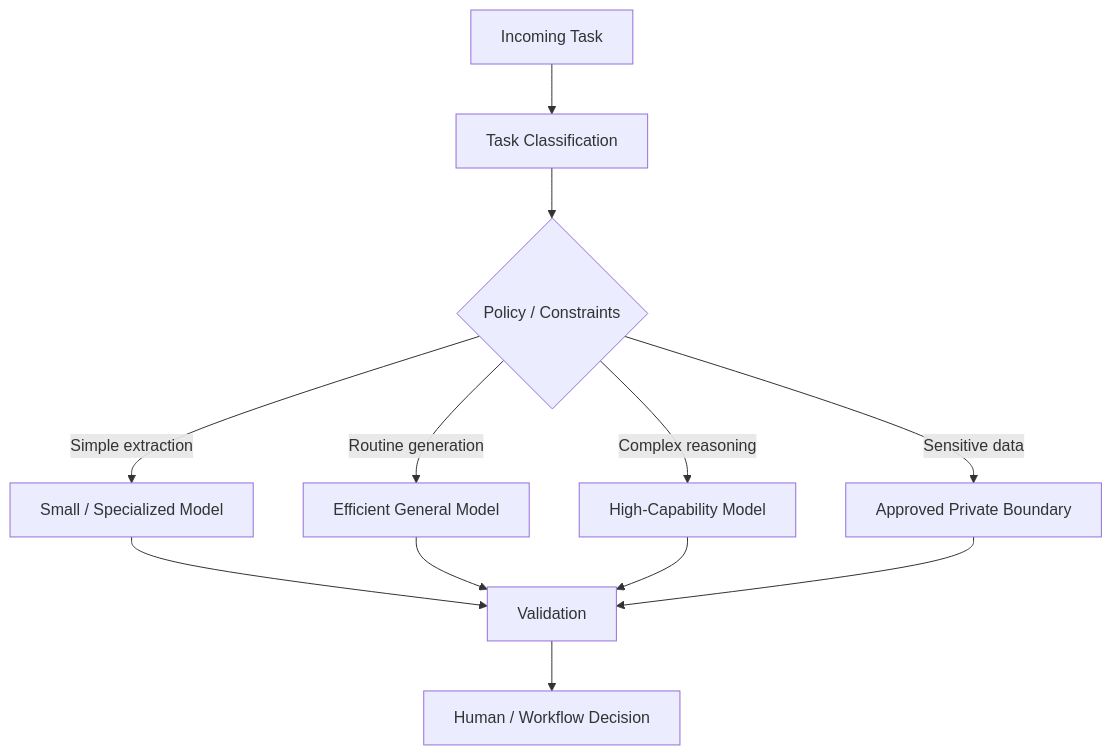
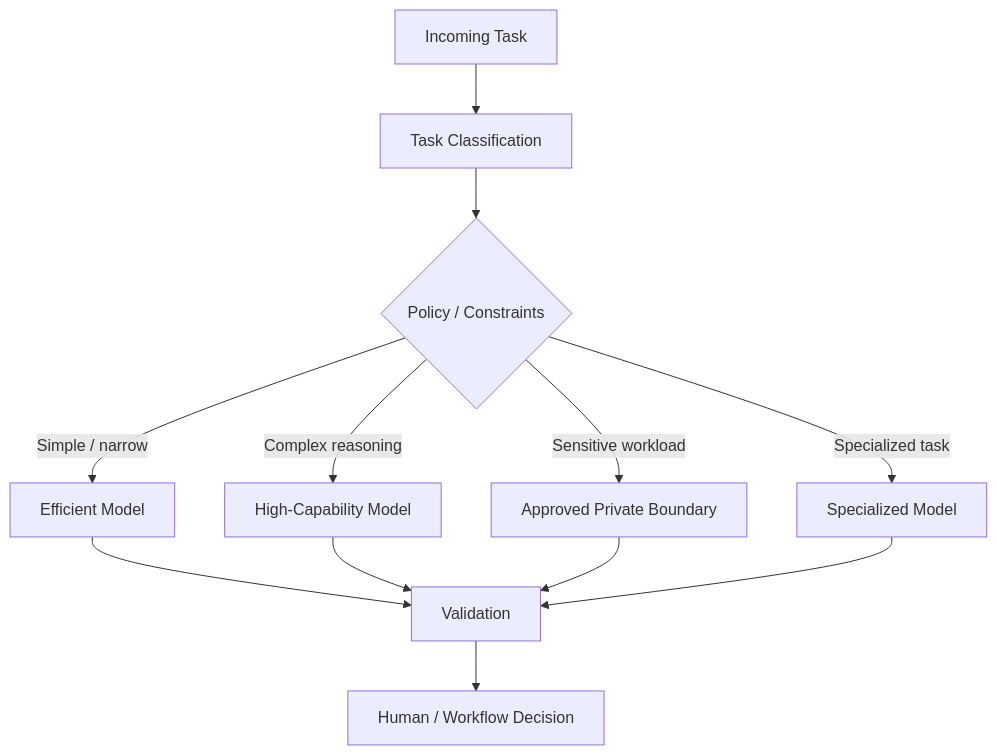
Before and after one commit to huda-salam/ai-architecture-advisor-book: the diagram in docs/chapters/30-model-selection.md, drawn with Mermaid. The commit also changed other lines of this file, not shown here.

Commit message:
Refresh Chapter 30 model selection for 2026 model volatility

````diff
--- a/docs/chapters/30-model-selection.md
+++ b/docs/chapters/30-model-selection.md
@@ -423,14 +523,14 @@
 ```mermaid
 flowchart TD
     A[Incoming Task] --> B[Task Classification]
     B --> C{Policy / Constraints}
-    C -->|Simple extraction| D[Small / Specialized Model]
-    C -->|Routine generation| E[Efficient General Model]
-    C -->|Complex reasoning| F[High-Capability Model]
-    C -->|Sensitive data| G[Approved Private Boundary]
+    C -->|Simple / narrow| D[Efficient Model]
+    C -->|Complex reasoning| E[High-Capability Model]
+    C -->|Sensitive workload| F[Approved Private Boundary]
+    C -->|Specialized task| G[Specialized Model]
     D --> H[Validation]
     E --> H
     F --> H
     G --> H
     H --> I[Human / Workflow Decision]
 ```
````
